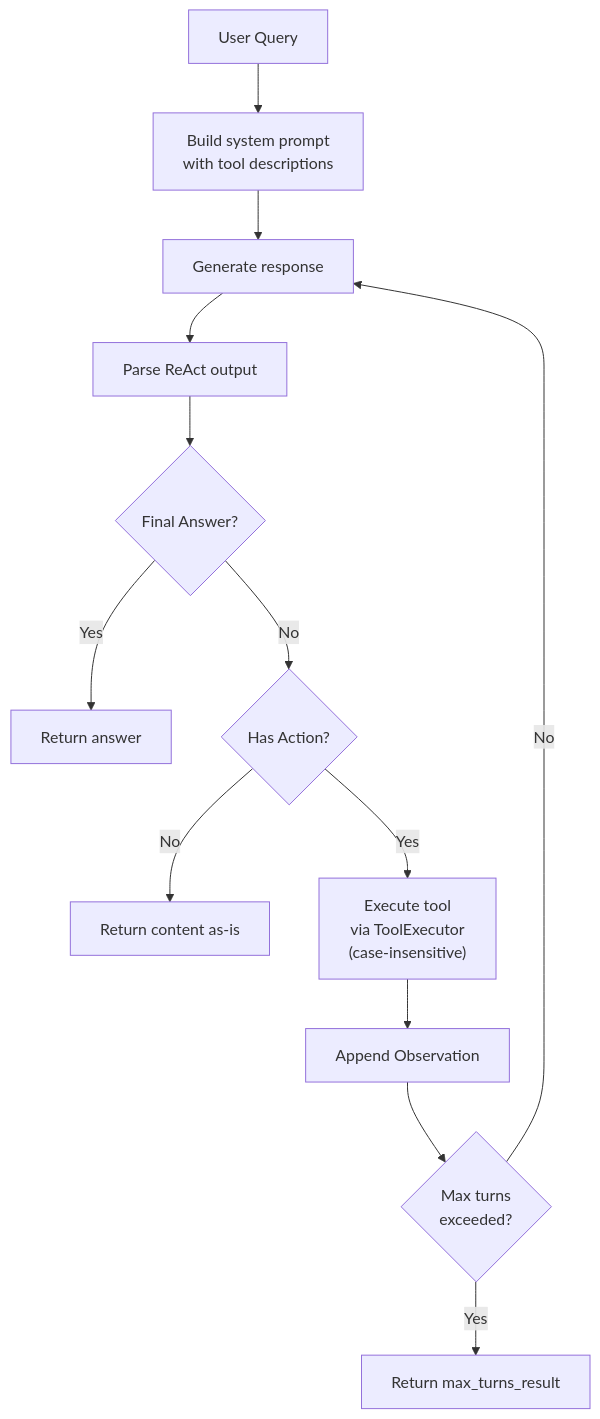
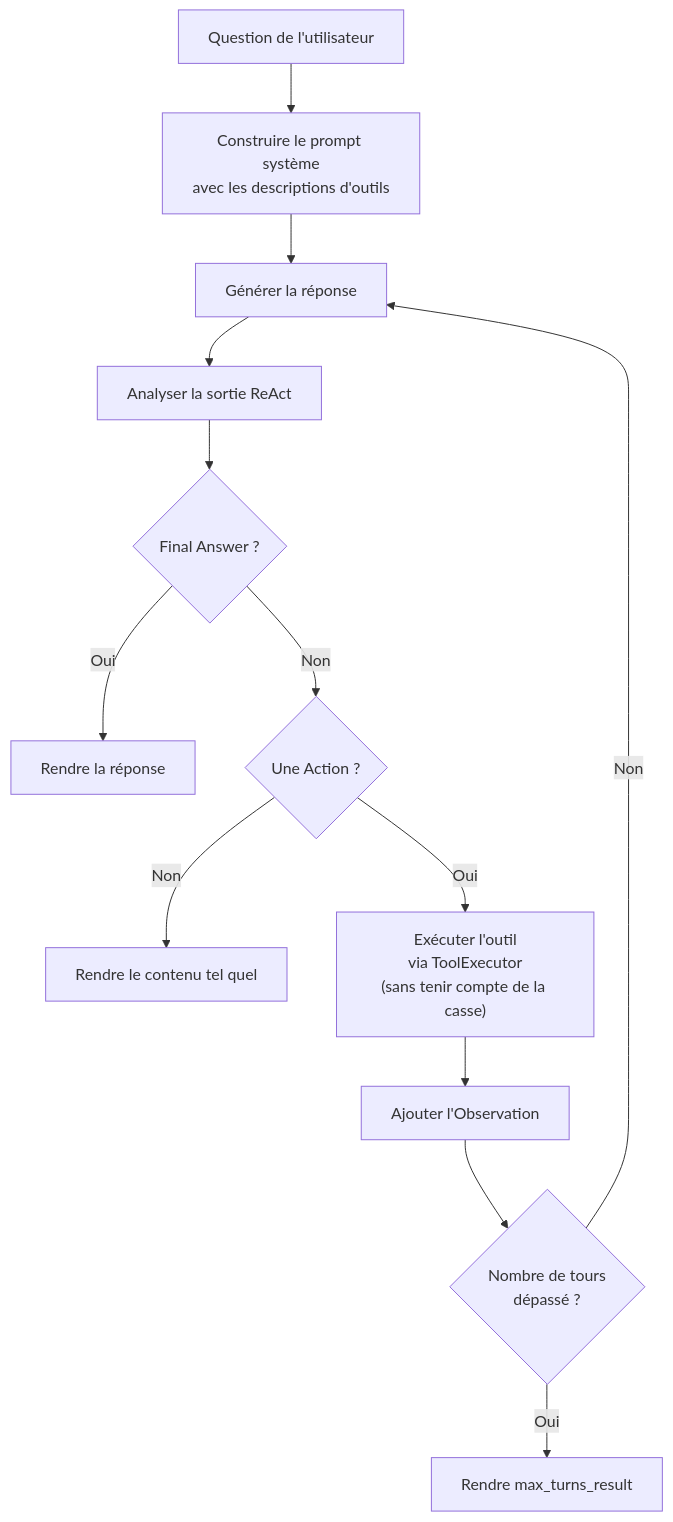
One commit to carlitoetienne01-spec/Diapason changed the third of 6 diagrams in docs/architecture/agents.md. Above: the diagram before and after it, drawn with Mermaid. The commit also changed other lines of this file and 257 other files, not shown here.

````diff
--- a/docs/architecture/agents.md
+++ b/docs/architecture/agents.md
@@ -218,15 +218,15 @@
 ```mermaid
 graph TD
-    Q["User Query"] --> SYS["Build system prompt<br/>with tool descriptions"]
-    SYS --> GEN["Generate response"]
-    GEN --> PARSE["Parse ReAct output"]
-    PARSE --> FINAL{"Final Answer?"}
-    FINAL -->|Yes| DONE["Return answer"]
-    FINAL -->|No| ACTION{"Has Action?"}
-    ACTION -->|No| DONE2["Return content as-is"]
-    ACTION -->|Yes| EXEC["Execute tool<br/>via ToolExecutor<br/>(case-insensitive)"]
-    EXEC --> OBS["Append Observation"]
-    OBS --> MAXCHECK{"Max turns<br/>exceeded?"}
-    MAXCHECK -->|No| GEN
-    MAXCHECK -->|Yes| TIMEOUT["Return max_turns_result"]
+    Q["Question de l'utilisateur"] --> SYS["Construire le prompt système<br/>avec les descriptions d'outils"]
+    SYS --> GEN["Générer la réponse"]
+    GEN --> PARSE["Analyser la sortie ReAct"]
+    PARSE --> FINAL{"Final Answer ?"}
+    FINAL -->|Oui| DONE["Rendre la réponse"]
+    FINAL -->|Non| ACTION{"Une Action ?"}
+    ACTION -->|Non| DONE2["Rendre le contenu tel quel"]
+    ACTION -->|Oui| EXEC["Exécuter l'outil<br/>via ToolExecutor<br/>(sans tenir compte de la casse)"]
+    EXEC --> OBS["Ajouter l'Observation"]
+    OBS --> MAXCHECK{"Nombre de tours<br/>dépassé ?"}
+    MAXCHECK -->|Non| GEN
+    MAXCHECK -->|Oui| TIMEOUT["Rendre max_turns_result"]
 ```
````
